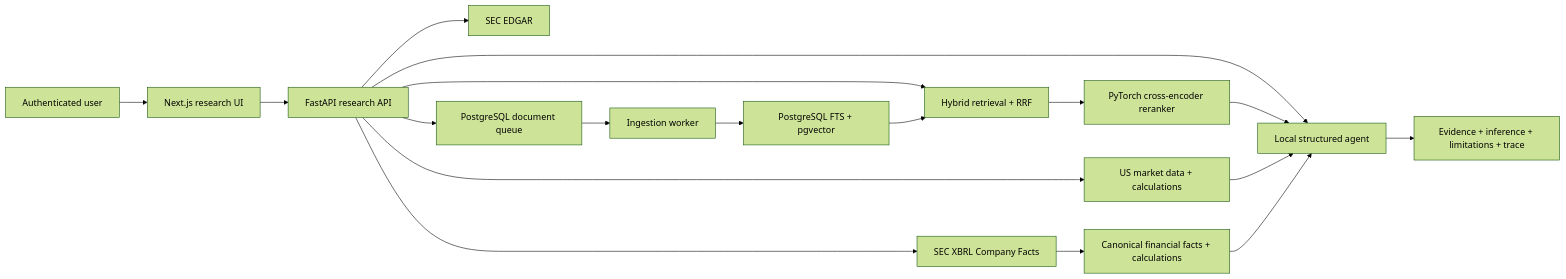
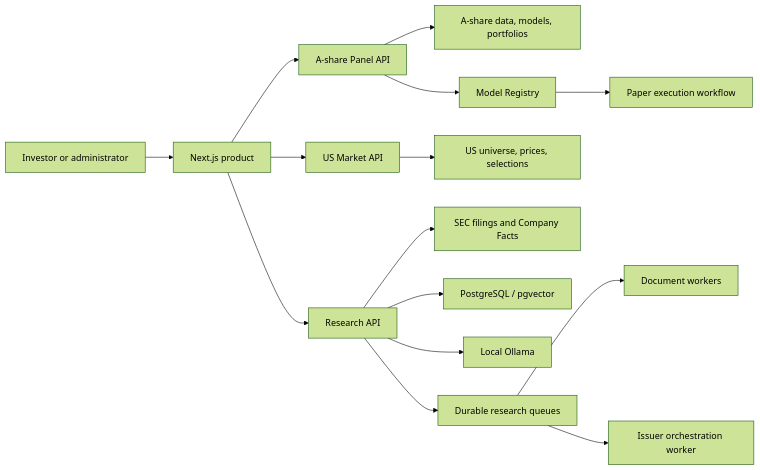
One commit to thisiscatcode/aistockcn changed the first of 3 diagrams in docs/SYSTEM_DESIGN_SPEC.md. Above: the diagram before and after it, drawn with Mermaid (forest theme). The commit also changed other lines of this file and 11 other files, not shown here.

````diff
--- a/docs/SYSTEM_DESIGN_SPEC.md
+++ b/docs/SYSTEM_DESIGN_SPEC.md
@@ -28,20 +20,21 @@
 ```mermaid
 flowchart LR
-    U["Authenticated user"] --> W["Next.js research UI"]
-    W --> A["FastAPI research API"]
-    A --> E["SEC EDGAR"]
-    A --> X["SEC XBRL Company Facts"]
-    A --> Q["PostgreSQL document queue"]
-    Q --> K["Ingestion worker"]
-    K --> V["PostgreSQL FTS + pgvector"]
-    A --> H["Hybrid retrieval + RRF"]
-    V --> H
-    H --> R["PyTorch cross-encoder reranker"]
-    A --> M["US market data + calculations"]
-    X --> F["Canonical financial facts + calculations"]
-    A --> L["Local structured agent"]
-    R --> L
-    M --> L
-    F --> L
-    L --> O["Evidence + inference + limitations + trace"]
+    U["Investor or administrator"] --> W["Next.js product"]
+
+    W --> A["A-share Panel API"]
+    W --> M["US Market API"]
+    W --> R["Research API"]
+
+    A --> CN["A-share data, models, portfolios"]
+    M --> US["US universe, prices, selections"]
+    R --> SEC["SEC filings and Company Facts"]
+    R --> PG["PostgreSQL / pgvector"]
+    R --> L["Local Ollama"]
+
+    R --> Q["Durable research queues"]
+    Q --> DW["Document workers"]
+    Q --> CW["Issuer orchestration worker"]
+
+    A --> MR["Model Registry"]
+    MR --> PT["Paper execution workflow"]
 ```
````
